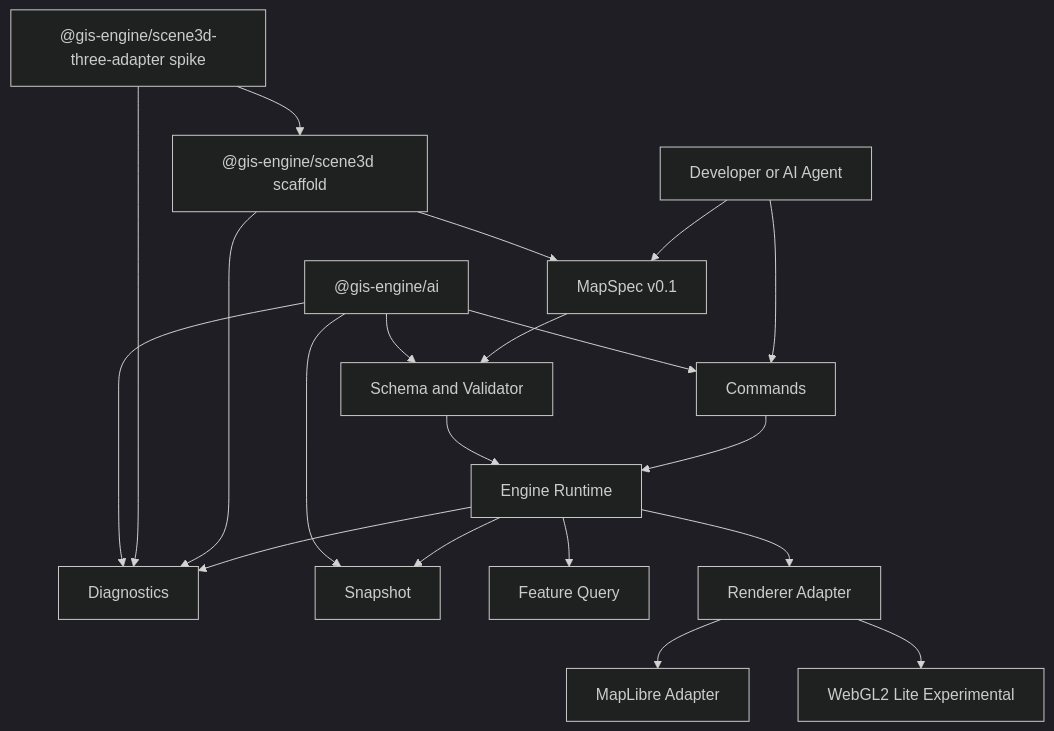
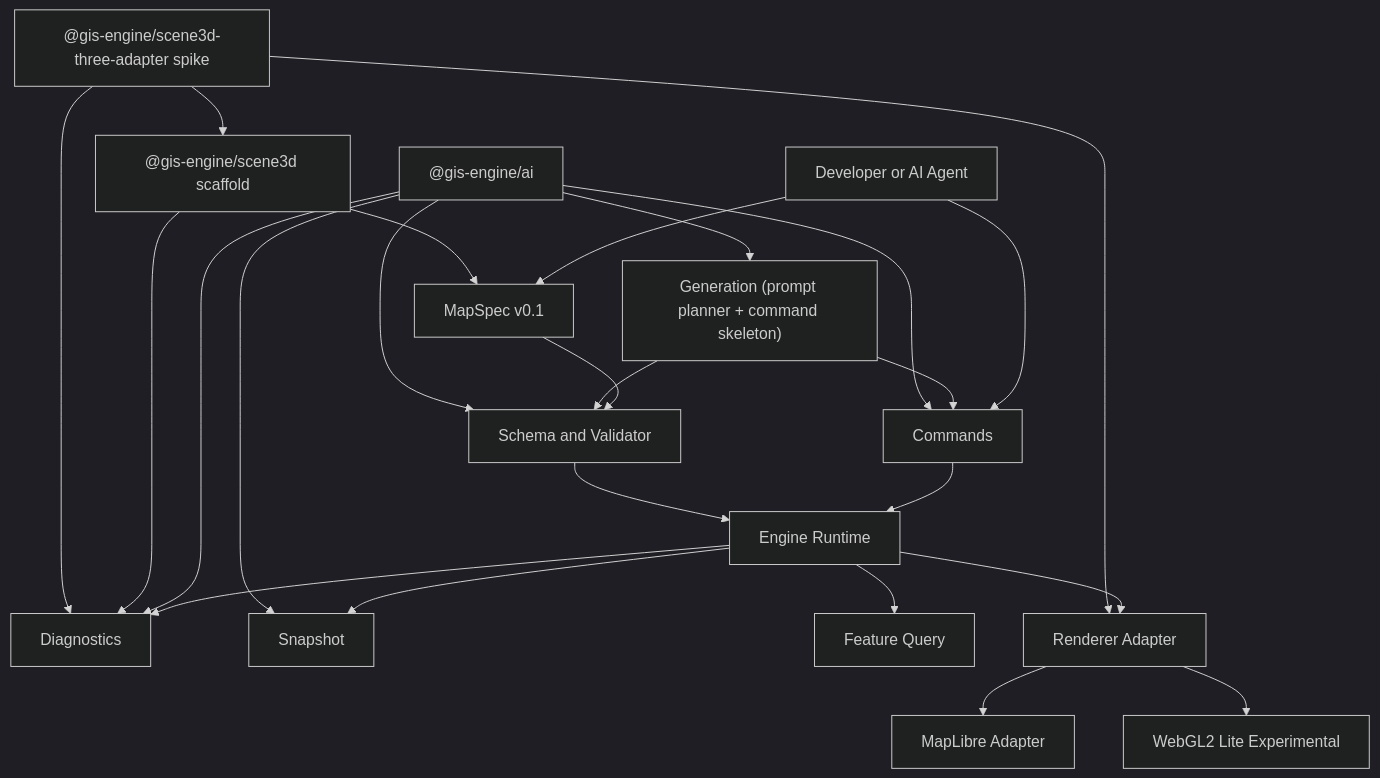
One commit to HYNCM/gis-engine changed the diagram in docs/architecture/core-framework.md. Above: the diagram before and after it, drawn with Mermaid (dark theme). The commit also changed other lines of this file and 5 other files, not shown here.

````diff
--- a/docs/architecture/core-framework.md
+++ b/docs/architecture/core-framework.md
@@ -76,22 +88,26 @@
 ```mermaid
 flowchart TD
   User["Developer or AI Agent"] --> Spec["MapSpec v0.1"]
   User --> Commands["Commands"]
   Spec --> Validator["Schema and Validator"]
   Commands --> Runtime["Engine Runtime"]
   Validator --> Runtime
   Runtime --> Diagnostics["Diagnostics"]
   Runtime --> Snapshot["Snapshot"]
   Runtime --> Query["Feature Query"]
   Runtime --> RendererAdapter["Renderer Adapter"]
   RendererAdapter --> MapLibre["MapLibre Adapter"]
   RendererAdapter --> WebGL2Lite["WebGL2 Lite Experimental"]
+  Generation["Generation (prompt planner + command skeleton)"] --> Validator
+  Generation --> Commands
+  AI["@gis-engine/ai"] --> Validator
+  AI --> Commands
+  AI --> Diagnostics
+  AI --> Snapshot
+  AI --> Generation
   Scene3D["@gis-engine/scene3d scaffold"] --> Spec
   Scene3D --> Diagnostics
   Scene3DThree["@gis-engine/scene3d-three-adapter spike"] --> Scene3D
   Scene3DThree --> Diagnostics
-  AI["@gis-engine/ai"] --> Validator
-  AI --> Commands
-  AI --> Diagnostics
-  AI --> Snapshot
+  Scene3DThree --> RendererAdapter
 ```
````
